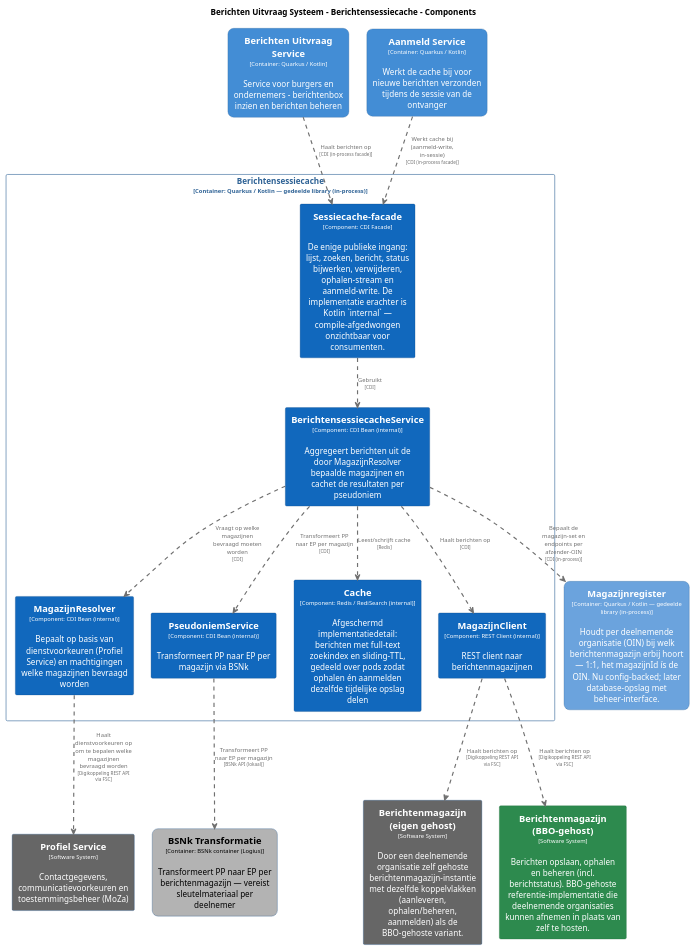
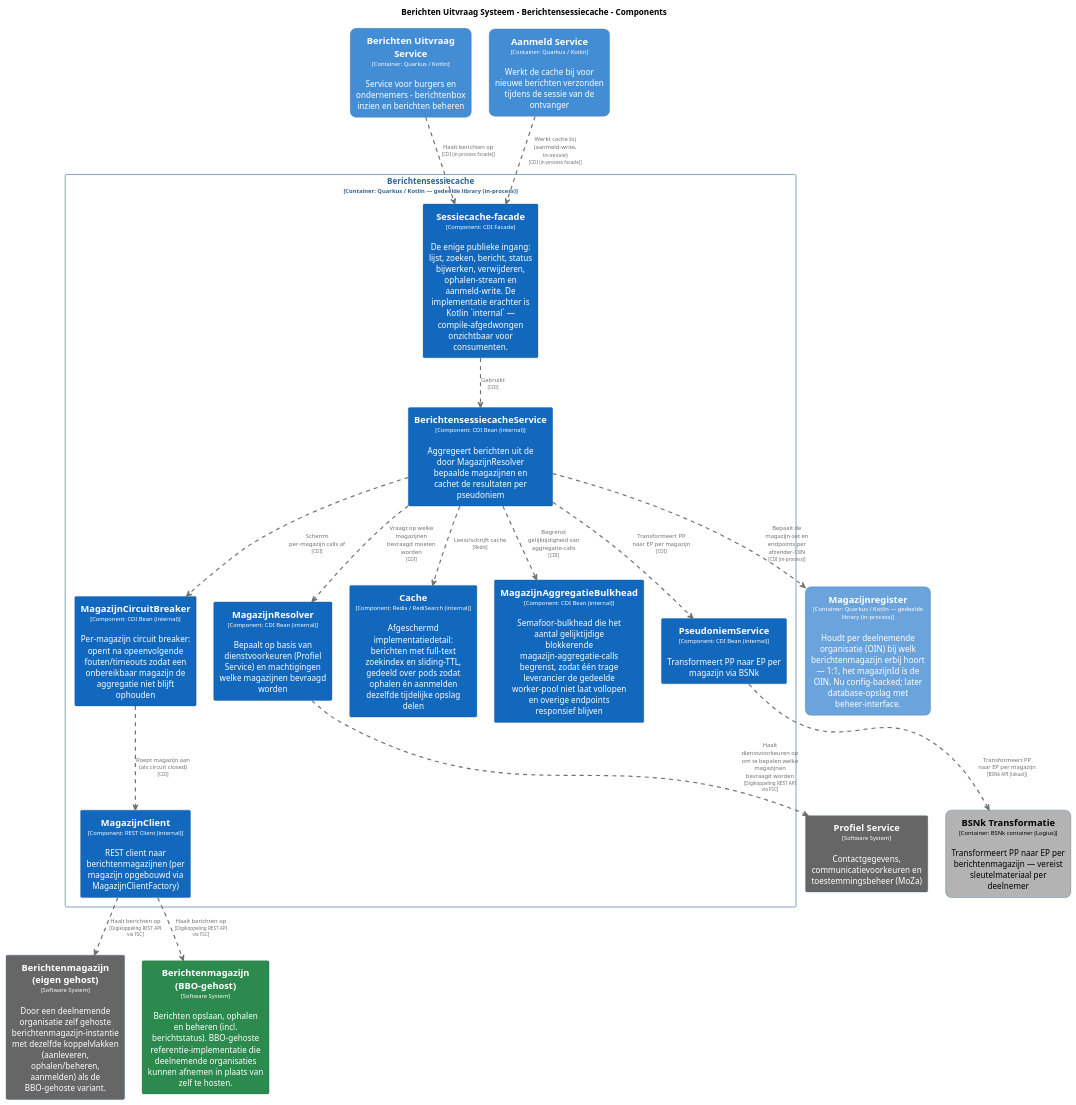
One commit to MinBZK/moza-poc-fbs-berichtenbox changed the diagram in master/puml/BerichtensessiecacheComponenten.puml. Above: the diagram before and after it, drawn with PlantUML. The commit also changed 66 other files, not shown here.

```diff
--- a/master/puml/BerichtensessiecacheComponenten.puml
+++ b/master/puml/BerichtensessiecacheComponenten.puml
@@ -1,135 +1,151 @@
 @startuml
 set separator none
 title Berichten Uitvraag Systeem - Berichtensessiecache - Components
 
 top to bottom direction
 skinparam ranksep 60
 skinparam nodesep 30
 
 skinparam {
   arrowFontSize 10
   defaultTextAlignment center
   wrapWidth 200
   maxMessageSize 100
 }
 
 hide stereotype
 
 skinparam rectangle<<BerichtenUitvraagSysteem.AanmeldService>> {
   BackgroundColor #438dd5
   FontColor #ffffff
   BorderColor #2e6295
   roundCorner 20
   shadowing false
 }
 skinparam rectangle<<BerichtenUitvraagSysteem.BSNkTransformatie>> {
   BackgroundColor #b3b3b3
   FontColor #000000
   BorderColor #0b4884
   roundCorner 20
   shadowing false
 }
 skinparam rectangle<<BerichtenUitvraagSysteem.BerichtenUitvraagService>> {
   BackgroundColor #438dd5
   FontColor #ffffff
   BorderColor #2e6295
   roundCorner 20
   shadowing false
 }
 skinparam rectangle<<BerichtenmagazijnBBOgehost>> {
   BackgroundColor #2d8a4e
   FontColor #ffffff
   BorderColor #1e6b38
   shadowing false
 }
 skinparam rectangle<<Berichtenmagazijneigengehost>> {
   BackgroundColor #666666
   FontColor #ffffff
   BorderColor #0b4884
   shadowing false
 }
 skinparam rectangle<<BerichtenUitvraagSysteem.Berichtensessiecache.BerichtensessiecacheService>> {
   BackgroundColor #1168bd
   FontColor #ffffff
   BorderColor #0b4884
   shadowing false
 }
 skinparam rectangle<<BerichtenUitvraagSysteem.Berichtensessiecache.Cache>> {
   BackgroundColor #1168bd
   FontColor #ffffff
   BorderColor #0b4884
   shadowing false
 }
+skinparam rectangle<<BerichtenUitvraagSysteem.Berichtensessiecache.MagazijnAggregatieBulkhead>> {
+  BackgroundColor #1168bd
+  FontColor #ffffff
+  BorderColor #0b4884
+  shadowing false
+}
+skinparam rectangle<<BerichtenUitvraagSysteem.Berichtensessiecache.MagazijnCircuitBreaker>> {
+  BackgroundColor #1168bd
+  FontColor #ffffff
+  BorderColor #0b4884
+  shadowing false
+}
 skinparam rectangle<<BerichtenUitvraagSysteem.Berichtensessiecache.MagazijnClient>> {
   BackgroundColor #1168bd
   FontColor #ffffff
   BorderColor #0b4884
   shadowing false
 }
 skinparam rectangle<<BerichtenUitvraagSysteem.Berichtensessiecache.MagazijnResolver>> {
   BackgroundColor #1168bd
   FontColor #ffffff
   BorderColor #0b4884
   shadowing false
 }
 skinparam rectangle<<BerichtenUitvraagSysteem.Magazijnregister>> {
   BackgroundColor #6ba3dd
   FontColor #ffffff
   BorderColor #2e6295
   roundCorner 20
   shadowing false
 }
 skinparam rectangle<<ProfielService>> {
   BackgroundColor #666666
   FontColor #ffffff
   BorderColor #0b4884
   shadowing false
 }
 skinparam rectangle<<BerichtenUitvraagSysteem.Berichtensessiecache.PseudoniemService>> {
   BackgroundColor #1168bd
   FontColor #ffffff
   BorderColor #0b4884
   shadowing false
 }
 skinparam rectangle<<BerichtenUitvraagSysteem.Berichtensessiecache.Sessiecachefacade>> {
   BackgroundColor #1168bd
   FontColor #ffffff
   BorderColor #0b4884
   shadowing false
 }
 skinparam rectangle<<BerichtenUitvraagSysteem.Berichtensessiecache>> {
   BorderColor #2e6295
   FontColor #2e6295
   shadowing false
 }
 
 rectangle "==Profiel Service\n<size:10>[Software System]</size>\n\nContactgegevens, communicatievoorkeuren en toestemmingsbeheer (MoZa)" <<ProfielService>> as ProfielService
 rectangle "==Berichtenmagazijn (eigen gehost)\n<size:10>[Software System]</size>\n\nDoor een deelnemende organisatie zelf gehoste berichtenmagazijn-instantie met dezelfde koppelvlakken (aanleveren, ophalen/beheren, aanmelden) als de BBO-gehoste variant." <<Berichtenmagazijneigengehost>> as Berichtenmagazijneigengehost
 rectangle "==Berichtenmagazijn (BBO-gehost)\n<size:10>[Software System]</size>\n\nBerichten opslaan, ophalen en beheren (incl. berichtstatus). BBO-gehoste referentie-implementatie die deelnemende organisaties kunnen afnemen in plaats van zelf te hosten." <<BerichtenmagazijnBBOgehost>> as BerichtenmagazijnBBOgehost
 rectangle "==Berichten Uitvraag Service\n<size:10>[Container: Quarkus / Kotlin]</size>\n\nService voor burgers en ondernemers - berichtenbox inzien en berichten beheren" <<BerichtenUitvraagSysteem.BerichtenUitvraagService>> as BerichtenUitvraagSysteem.BerichtenUitvraagService
 rectangle "==BSNk Transformatie\n<size:10>[Container: BSNk container (Logius)]</size>\n\nTransformeert PP naar EP per berichtenmagazijn — vereist sleutelmateriaal per deelnemer" <<BerichtenUitvraagSysteem.BSNkTransformatie>> as BerichtenUitvraagSysteem.BSNkTransformatie
 rectangle "==Aanmeld Service\n<size:10>[Container: Quarkus / Kotlin]</size>\n\nWerkt de cache bij voor nieuwe berichten verzonden tijdens de sessie van de ontvanger" <<BerichtenUitvraagSysteem.AanmeldService>> as BerichtenUitvraagSysteem.AanmeldService
 rectangle "==Magazijnregister\n<size:10>[Container: Quarkus / Kotlin — gedeelde library (in-process)]</size>\n\nHoudt per deelnemende organisatie (OIN) bij welk berichtenmagazijn erbij hoort — 1:1, het magazijnId ís de OIN. Nu config-backed; later database-opslag met beheer-interface." <<BerichtenUitvraagSysteem.Magazijnregister>> as BerichtenUitvraagSysteem.Magazijnregister
 
 rectangle "Berichtensessiecache\n<size:10>[Container: Quarkus / Kotlin — gedeelde library (in-process)]</size>" <<BerichtenUitvraagSysteem.Berichtensessiecache>> {
   rectangle "==Sessiecache-facade\n<size:10>[Component: CDI Facade]</size>\n\nDe enige publieke ingang: lijst, zoeken, bericht, status bijwerken, verwijderen, ophalen-stream en aanmeld-write. De implementatie erachter is Kotlin `internal` — compile-afgedwongen onzichtbaar voor consumenten." <<BerichtenUitvraagSysteem.Berichtensessiecache.Sessiecachefacade>> as BerichtenUitvraagSysteem.Berichtensessiecache.Sessiecachefacade
   rectangle "==MagazijnResolver\n<size:10>[Component: CDI Bean (internal)]</size>\n\nBepaalt op basis van dienstvoorkeuren (Profiel Service) en machtigingen welke magazijnen bevraagd worden" <<BerichtenUitvraagSysteem.Berichtensessiecache.MagazijnResolver>> as BerichtenUitvraagSysteem.Berichtensessiecache.MagazijnResolver
   rectangle "==PseudoniemService\n<size:10>[Component: CDI Bean (internal)]</size>\n\nTransformeert PP naar EP per magazijn via BSNk" <<BerichtenUitvraagSysteem.Berichtensessiecache.PseudoniemService>> as BerichtenUitvraagSysteem.Berichtensessiecache.PseudoniemService
   rectangle "==BerichtensessiecacheService\n<size:10>[Component: CDI Bean (internal)]</size>\n\nAggregeert berichten uit de door MagazijnResolver bepaalde magazijnen en cachet de resultaten per pseudoniem" <<BerichtenUitvraagSysteem.Berichtensessiecache.BerichtensessiecacheService>> as BerichtenUitvraagSysteem.Berichtensessiecache.BerichtensessiecacheService
   rectangle "==Cache\n<size:10>[Component: Redis / RediSearch (internal)]</size>\n\nAfgeschermd implementatiedetail: berichten met full-text zoekindex en sliding-TTL, gedeeld over pods zodat ophalen én aanmelden dezelfde tijdelijke opslag delen" <<BerichtenUitvraagSysteem.Berichtensessiecache.Cache>> as BerichtenUitvraagSysteem.Berichtensessiecache.Cache
-  rectangle "==MagazijnClient\n<size:10>[Component: REST Client (internal)]</size>\n\nREST client naar berichtenmagazijnen" <<BerichtenUitvraagSysteem.Berichtensessiecache.MagazijnClient>> as BerichtenUitvraagSysteem.Berichtensessiecache.MagazijnClient
+  rectangle "==MagazijnAggregatieBulkhead\n<size:10>[Component: CDI Bean (internal)]</size>\n\nSemafoor-bulkhead die het aantal gelijktijdige blokkerende magazijn-aggregatie-calls begrenst, zodat één trage leverancier de gedeelde worker-pool niet laat vollopen en overige endpoints responsief blijven" <<BerichtenUitvraagSysteem.Berichtensessiecache.MagazijnAggregatieBulkhead>> as BerichtenUitvraagSysteem.Berichtensessiecache.MagazijnAggregatieBulkhead
+  rectangle "==MagazijnCircuitBreaker\n<size:10>[Component: CDI Bean (internal)]</size>\n\nPer-magazijn circuit breaker: opent na opeenvolgende fouten/timeouts zodat een onbereikbaar magazijn de aggregatie niet blijft ophouden" <<BerichtenUitvraagSysteem.Berichtensessiecache.MagazijnCircuitBreaker>> as BerichtenUitvraagSysteem.Berichtensessiecache.MagazijnCircuitBreaker
+  rectangle "==MagazijnClient\n<size:10>[Component: REST Client (internal)]</size>\n\nREST client naar berichtenmagazijnen (per magazijn opgebouwd via MagazijnClientFactory)" <<BerichtenUitvraagSysteem.Berichtensessiecache.MagazijnClient>> as BerichtenUitvraagSysteem.Berichtensessiecache.MagazijnClient
 }
 
 BerichtenUitvraagSysteem.Berichtensessiecache.MagazijnClient .[#707070,thickness=2].> Berichtenmagazijneigengehost : "<color:#707070>Haalt berichten op\n<color:#707070><size:8>[Digikoppeling REST API via FSC]</size>"
 BerichtenUitvraagSysteem.Berichtensessiecache.MagazijnResolver .[#707070,thickness=2].> ProfielService : "<color:#707070>Haalt dienstvoorkeuren op om te bepalen welke magazijnen bevraagd worden\n<color:#707070><size:8>[Digikoppeling REST API via FSC]</size>"
 BerichtenUitvraagSysteem.Berichtensessiecache.MagazijnClient .[#707070,thickness=2].> BerichtenmagazijnBBOgehost : "<color:#707070>Haalt berichten op\n<color:#707070><size:8>[Digikoppeling REST API via FSC]</size>"
 BerichtenUitvraagSysteem.Berichtensessiecache.Sessiecachefacade .[#707070,thickness=2].> BerichtenUitvraagSysteem.Berichtensessiecache.BerichtensessiecacheService : "<color:#707070>Gebruikt\n<color:#707070><size:8>[CDI]</size>"
 BerichtenUitvraagSysteem.Berichtensessiecache.BerichtensessiecacheService .[#707070,thickness=2].> BerichtenUitvraagSysteem.Berichtensessiecache.MagazijnResolver : "<color:#707070>Vraagt op welke magazijnen bevraagd moeten worden\n<color:#707070><size:8>[CDI]</size>"
 BerichtenUitvraagSysteem.Berichtensessiecache.BerichtensessiecacheService .[#707070,thickness=2].> BerichtenUitvraagSysteem.Berichtensessiecache.PseudoniemService : "<color:#707070>Transformeert PP naar EP per magazijn\n<color:#707070><size:8>[CDI]</size>"
 BerichtenUitvraagSysteem.Berichtensessiecache.BerichtensessiecacheService .[#707070,thickness=2].> BerichtenUitvraagSysteem.Berichtensessiecache.Cache : "<color:#707070>Leest/schrijft cache\n<color:#707070><size:8>[Redis]</size>"
-BerichtenUitvraagSysteem.Berichtensessiecache.BerichtensessiecacheService .[#707070,thickness=2].> BerichtenUitvraagSysteem.Berichtensessiecache.MagazijnClient : "<color:#707070>Haalt berichten op\n<color:#707070><size:8>[CDI]</size>"
+BerichtenUitvraagSysteem.Berichtensessiecache.BerichtensessiecacheService .[#707070,thickness=2].> BerichtenUitvraagSysteem.Berichtensessiecache.MagazijnAggregatieBulkhead : "<color:#707070>Begrenst gelijktijdigheid van aggregatie-calls\n<color:#707070><size:8>[CDI]</size>"
+BerichtenUitvraagSysteem.Berichtensessiecache.BerichtensessiecacheService .[#707070,thickness=2].> BerichtenUitvraagSysteem.Berichtensessiecache.MagazijnCircuitBreaker : "<color:#707070>Schermt per-magazijn calls af\n<color:#707070><size:8>[CDI]</size>"
+BerichtenUitvraagSysteem.Berichtensessiecache.MagazijnCircuitBreaker .[#707070,thickness=2].> BerichtenUitvraagSysteem.Berichtensessiecache.MagazijnClient : "<color:#707070>Roept magazijn aan (als circuit closed)\n<color:#707070><size:8>[CDI]</size>"
 BerichtenUitvraagSysteem.Berichtensessiecache.PseudoniemService .[#707070,thickness=2].> BerichtenUitvraagSysteem.BSNkTransformatie : "<color:#707070>Transformeert PP naar EP per magazijn\n<color:#707070><size:8>[BSNk API (lokaal)]</size>"
 BerichtenUitvraagSysteem.AanmeldService .[#707070,thickness=2].> BerichtenUitvraagSysteem.Berichtensessiecache.Sessiecachefacade : "<color:#707070>Werkt cache bij (aanmeld-write, in-sessie)\n<color:#707070><size:8>[CDI (in-process facade)]</size>"
 BerichtenUitvraagSysteem.BerichtenUitvraagService .[#707070,thickness=2].> BerichtenUitvraagSysteem.Berichtensessiecache.Sessiecachefacade : "<color:#707070>Haalt berichten op\n<color:#707070><size:8>[CDI (in-process facade)]</size>"
 BerichtenUitvraagSysteem.Berichtensessiecache.BerichtensessiecacheService .[#707070,thickness=2].> BerichtenUitvraagSysteem.Magazijnregister : "<color:#707070>Bepaalt de magazijn-set en endpoints per afzender-OIN\n<color:#707070><size:8>[CDI (in-process)]</size>"
 @enduml
```
